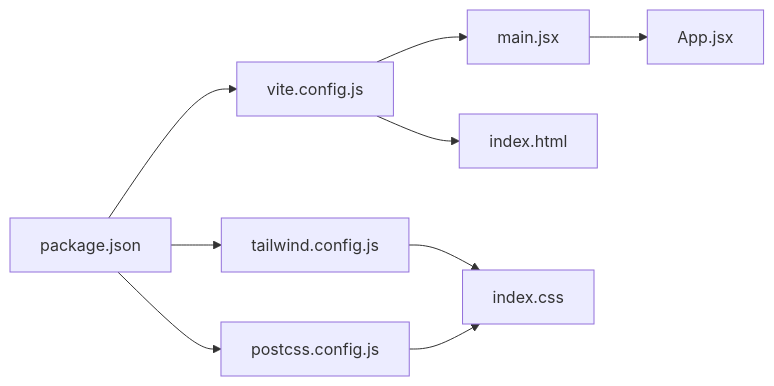
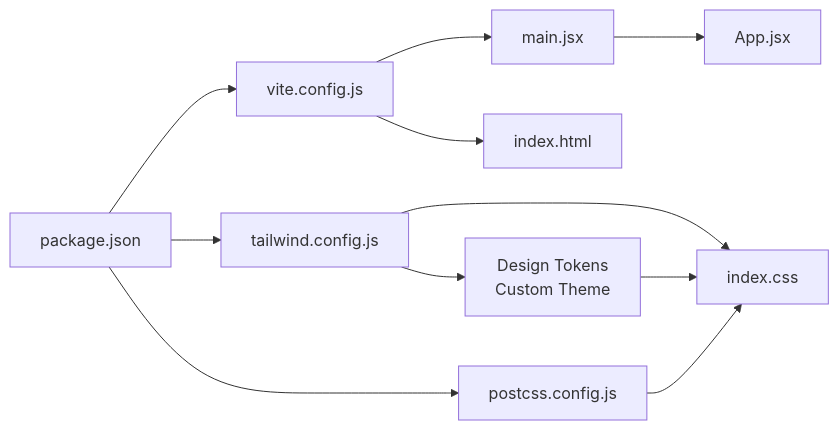
The third of 3 diagrams in .qoder/repowiki/en/content/Frontend Development/Build System & Configuration.md (14Lucifer/hackathon_ecs_creator), drawn with Mermaid before and after one commit. The commit also changed other lines of this file and 120 other files, not shown here.

````diff
--- a/.qoder/repowiki/en/content/Frontend Development/Build System & Configuration.md
+++ b/.qoder/repowiki/en/content/Frontend Development/Build System & Configuration.md
@@ -195,11 +215,13 @@
 ```mermaid
 graph LR
 P["package.json"] --> V["vite.config.js"]
 P --> T["tailwind.config.js"]
 P --> PC["postcss.config.js"]
 V --> M["main.jsx"]
 V --> I["index.html"]
 T --> C["index.css"]
 PC --> C
 M --> A["App.jsx"]
+T --> DT["Design Tokens<br/>Custom Theme"]
+DT --> C
 ```
````
